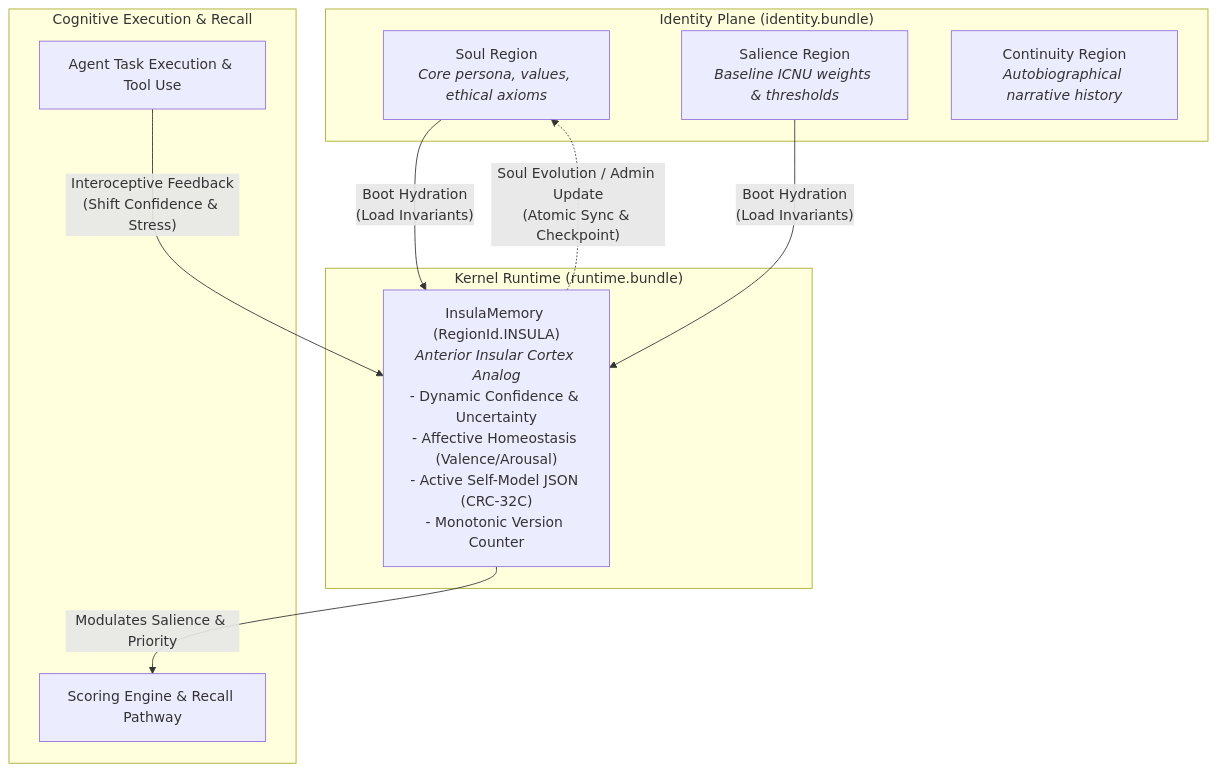
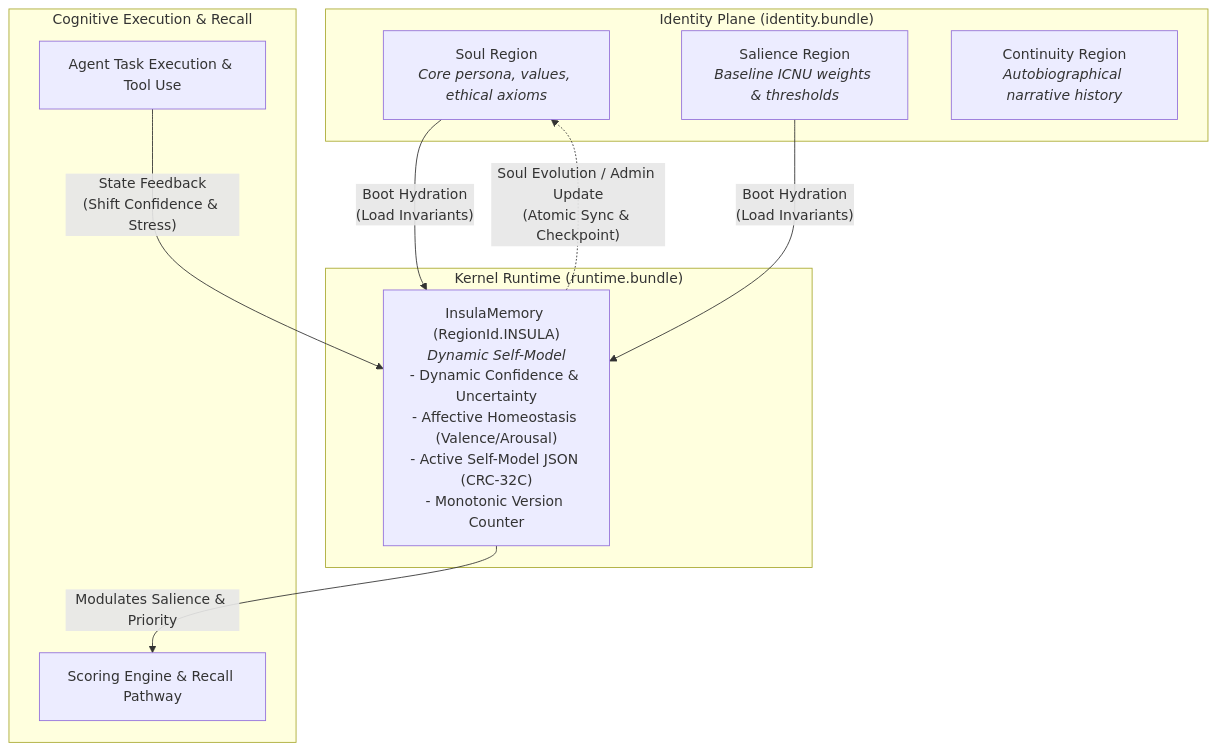
One commit to spectrayan/spector changed the second of 3 diagrams in docs/kernel/bundles.md. Above: the diagram before and after it, drawn with Mermaid. The commit also changed other lines of this file and 43 other files, not shown here.

````diff
--- a/docs/kernel/bundles.md
+++ b/docs/kernel/bundles.md
@@ -129,22 +142,22 @@
 ```mermaid
 graph TD
     subgraph "Identity Plane (identity.bundle)"
         S1["Soul Region<br/><i>Core persona, values, ethical axioms</i>"]
         S2["Salience Region<br/><i>Baseline ICNU weights & thresholds</i>"]
         S3["Continuity Region<br/><i>Autobiographical narrative history</i>"]
     end
 
     subgraph "Kernel Runtime (runtime.bundle)"
-        IM["InsulaMemory (RegionId.INSULA)<br/><i>Anterior Insular Cortex Analog</i><br/>- Dynamic Confidence & Uncertainty<br/>- Affective Homeostasis (Valence/Arousal)<br/>- Active Self-Model JSON (CRC-32C)<br/>- Monotonic Version Counter"]
+        IM["InsulaMemory (RegionId.INSULA)<br/><i>Dynamic Self-Model</i><br/>- Dynamic Confidence &amp; Uncertainty<br/>- Affective Homeostasis (Valence/Arousal)<br/>- Active Self-Model JSON (CRC-32C)<br/>- Monotonic Version Counter"]
     end
 
     subgraph "Cognitive Execution & Recall"
         SC["Scoring Engine & Recall Pathway"]
         ACT["Agent Task Execution & Tool Use"]
     end
 
     S1 & S2 -->|"Boot Hydration<br/>(Load Invariants)"| IM
     IM -->|"Modulates Salience & Priority"| SC
-    ACT -->|"Interoceptive Feedback<br/>(Shift Confidence & Stress)"| IM
+    ACT -->|"State Feedback<br/>(Shift Confidence &amp; Stress)"| IM
     IM -.->|"Soul Evolution / Admin Update<br/>(Atomic Sync & Checkpoint)"| S1
 ```
````
